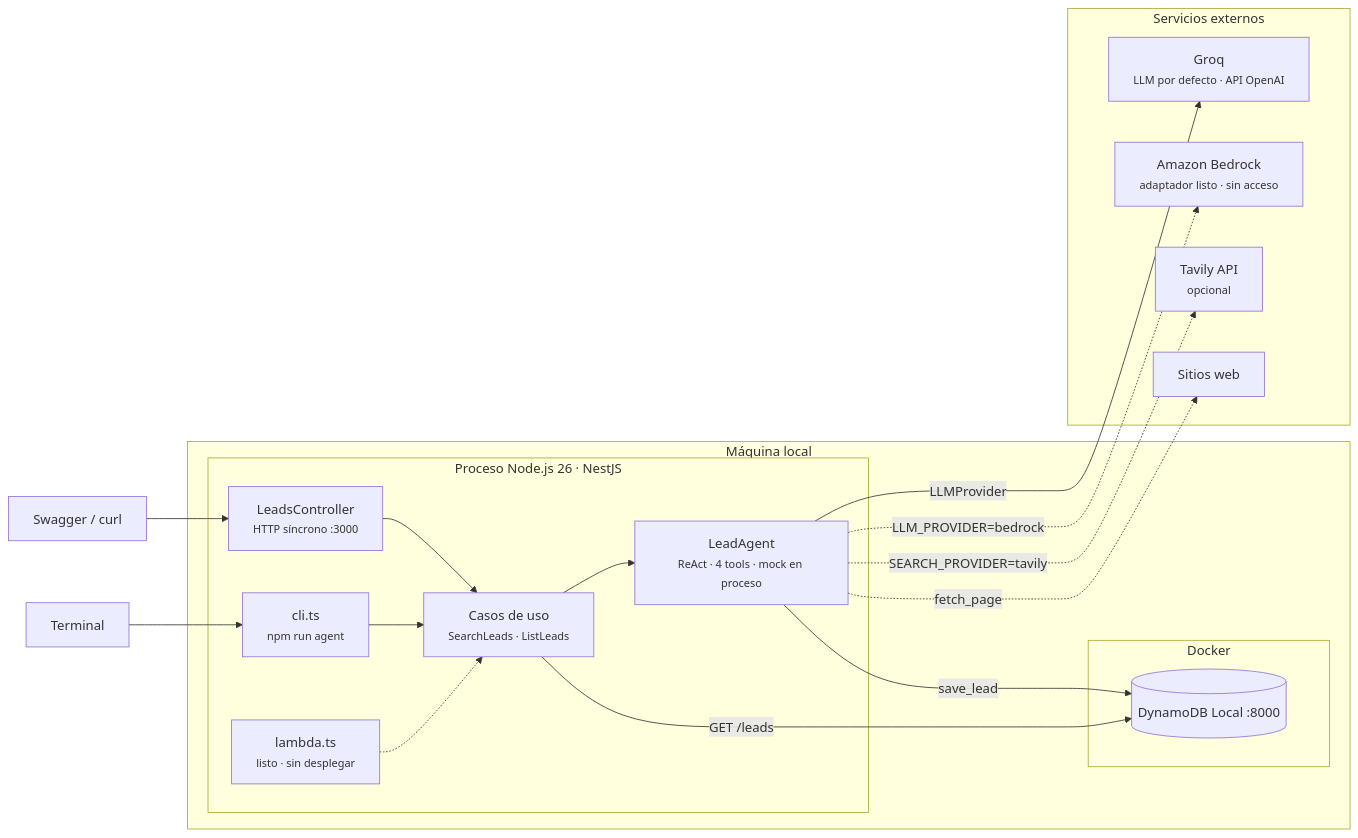
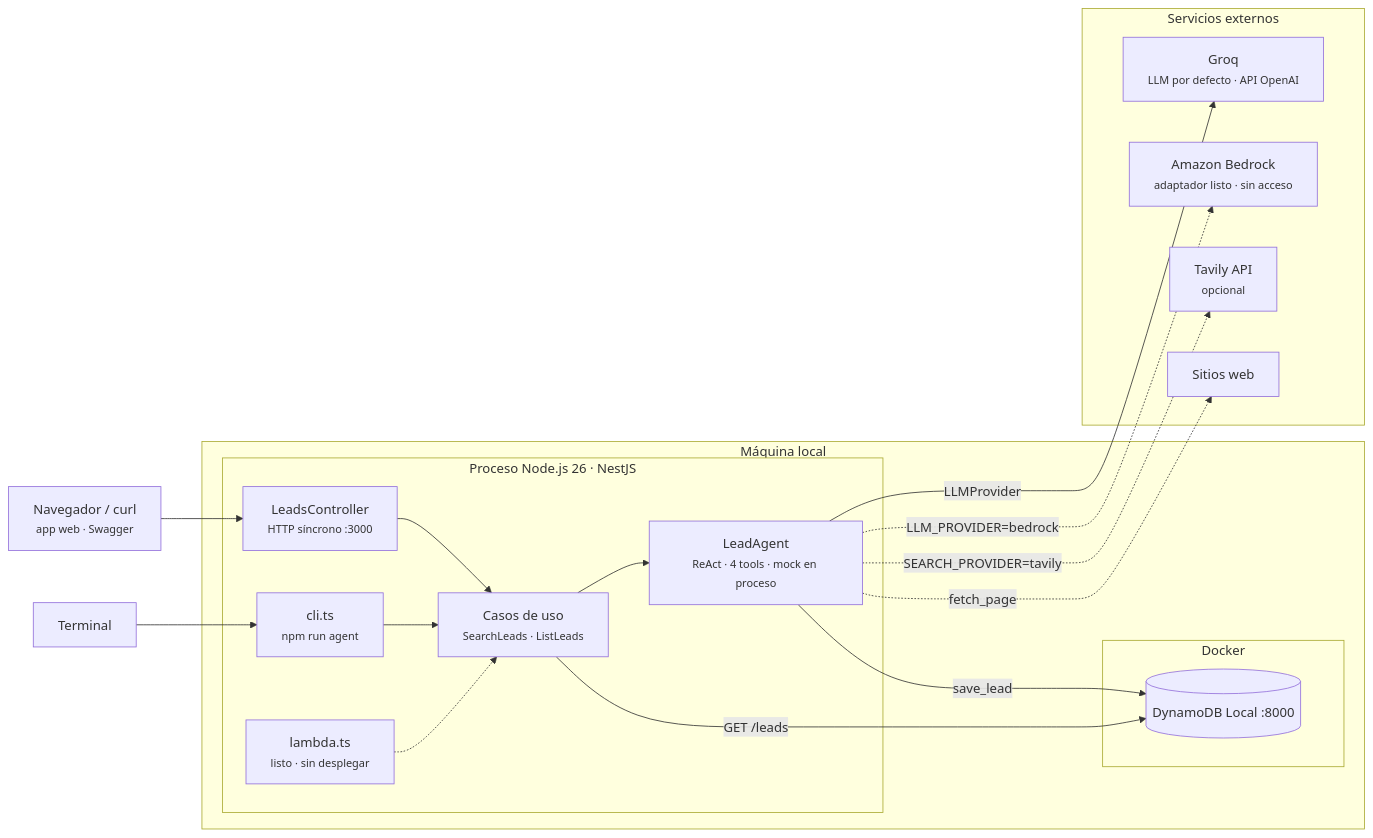
One commit to eduardoalvarado/lead-agent-tool changed the diagram in docs/diagrams/architecture-poc.mmd. Above: the diagram before and after it, drawn with Mermaid. The commit also changed 6 other files, not shown here.

Commit message:
docs: diagramas de arquitectura acordes a main (app web local) y portada sin el diagrama de actividades

```diff
--- a/docs/diagrams/architecture-poc.mmd
+++ b/docs/diagrams/architecture-poc.mmd
@@ -1,35 +1,35 @@
 %% Lead Agent — PoC IMPLEMENTADA (lo que existe hoy y corre en local)
 flowchart LR
-  swagger["Swagger / curl"]
+  swagger["Navegador / curl<br/><small>app web · Swagger</small>"]
   terminal["Terminal"]
 
   subgraph local["Máquina local"]
     subgraph node["Proceso Node.js 26 · NestJS"]
       controller["LeadsController<br/><small>HTTP síncrono :3000</small>"]
       cli["cli.ts<br/><small>npm run agent</small>"]
       lambdah["lambda.ts<br/><small>listo · sin desplegar</small>"]
       usecases["Casos de uso<br/><small>SearchLeads · ListLeads</small>"]
       agent["LeadAgent<br/><small>ReAct · 4 tools · mock en proceso</small>"]
     end
     subgraph docker["Docker"]
       dynamo[("DynamoDB Local :8000")]
     end
   end
 
   subgraph ext["Servicios externos"]
     groq["Groq<br/><small>LLM por defecto · API OpenAI</small>"]
     bedrock["Amazon Bedrock<br/><small>adaptador listo · sin acceso</small>"]
     tavily["Tavily API<br/><small>opcional</small>"]
     web["Sitios web"]
   end
 
   swagger --> controller --> usecases
   terminal --> cli --> usecases
   lambdah -.-> usecases
   usecases --> agent
   agent -- LLMProvider --> groq
   agent -. "LLM_PROVIDER=bedrock" .-> bedrock
   agent -. "SEARCH_PROVIDER=tavily" .-> tavily
   agent -. fetch_page .-> web
   agent -- save_lead --> dynamo
   usecases -- "GET /leads" --> dynamo
```
